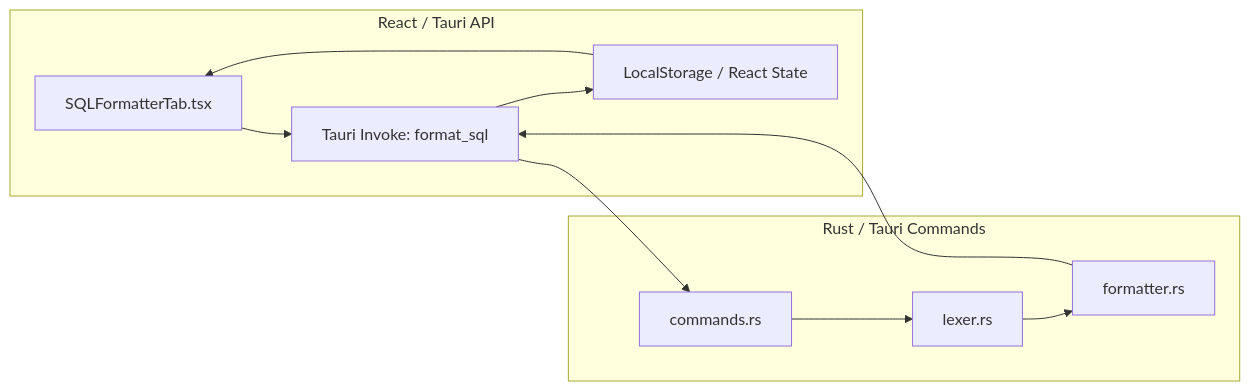
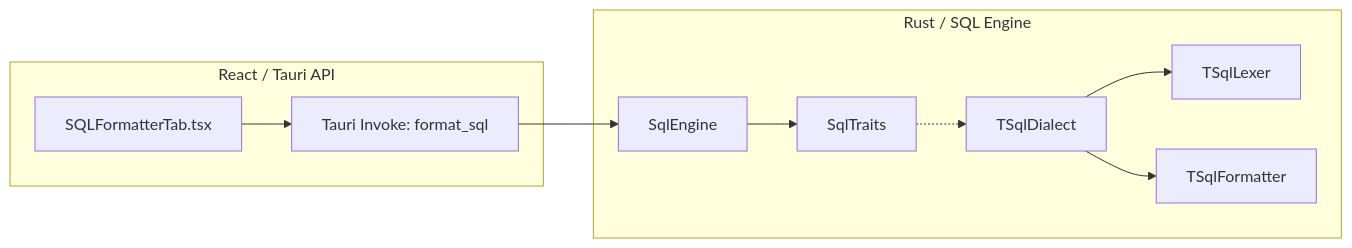
Before and after one commit to TrungHieu0107/uni-translate: the diagram in architecture.md, drawn with Mermaid. The commit also changed other lines of this file and 1 other file, not shown here.

Commit message:
docs: Update architecture and spec for modular SQL engine and window persistence

````diff
--- a/architecture.md
+++ b/architecture.md
@@ -11,22 +11,22 @@
 ```mermaid
 graph LR
     subgraph Frontend [React / Tauri API]
         UI[SQLFormatterTab.tsx]
-        State[LocalStorage / React State]
         Bridge[Tauri Invoke: format_sql]
     end
 
-    subgraph Backend [Rust / Tauri Commands]
-        Lexer[lexer.rs]
-        Formatter[formatter.rs]
-        Commands[commands.rs]
+    subgraph Backend [Rust / SQL Engine]
+        Engine[SqlEngine]
+        Traits[SqlTraits]
+        Dialect[TSqlDialect]
+        Lexer[TSqlLexer]
+        Formatter[TSqlFormatter]
     end
 
     UI --> Bridge
-    Bridge --> Commands
-    Commands --> Lexer
-    Lexer --> Formatter
-    Formatter --> Bridge
-    Bridge --> State
-    State --> UI
+    Bridge --> Engine
+    Engine --> Traits
+    Traits -.-> Dialect
+    Dialect --> Lexer
+    Dialect --> Formatter
 ```
````
